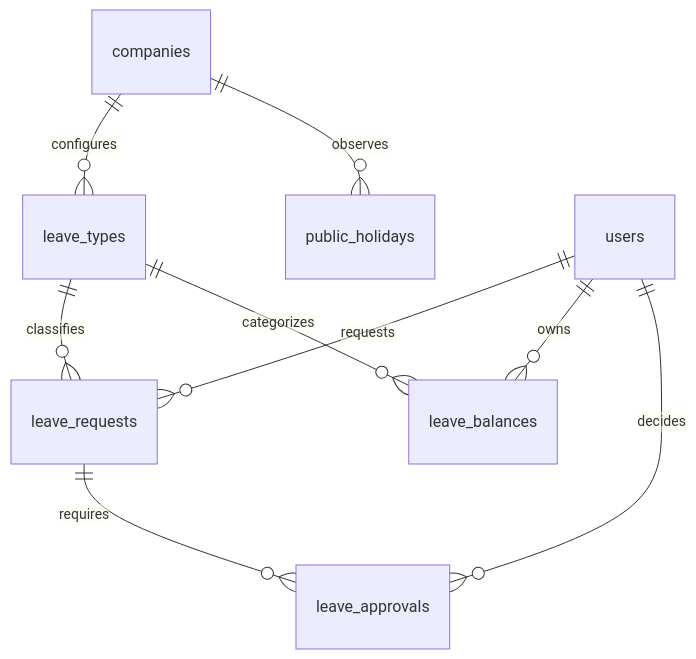
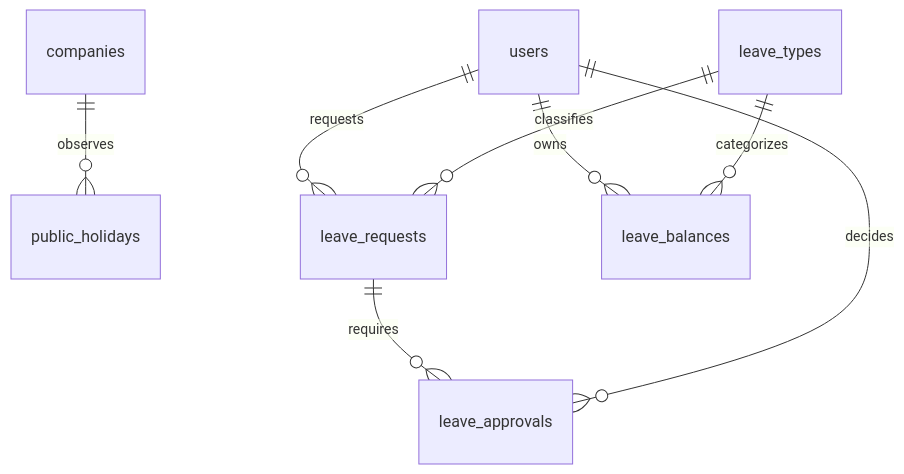
The eighth of 12 diagrams in docs/architecture/DATABASE.md (BogiOkta/internal-apps), drawn with Mermaid before and after one commit. The commit also changed other lines of this file and 4 other files, not shown here.

First line of the commit message:
feat: add leave types database foundation

````diff
--- a/docs/architecture/DATABASE.md
+++ b/docs/architecture/DATABASE.md
@@ -490,11 +490,10 @@
 ```mermaid
 erDiagram
-    companies ||--o{ leave_types : configures
     companies ||--o{ public_holidays : observes
     users ||--o{ leave_requests : requests
     leave_types ||--o{ leave_requests : classifies
     users ||--o{ leave_balances : owns
     leave_types ||--o{ leave_balances : categorizes
     leave_requests ||--o{ leave_approvals : requires
     users ||--o{ leave_approvals : decides
 ```
````
